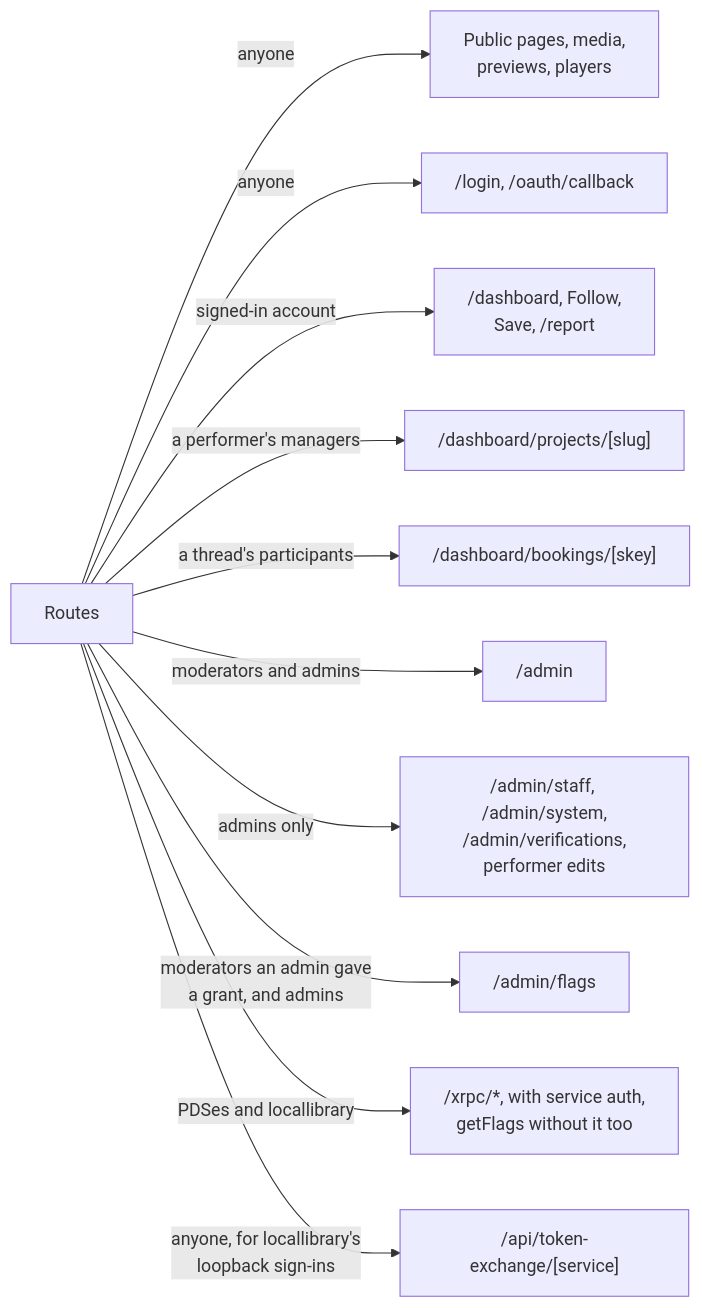
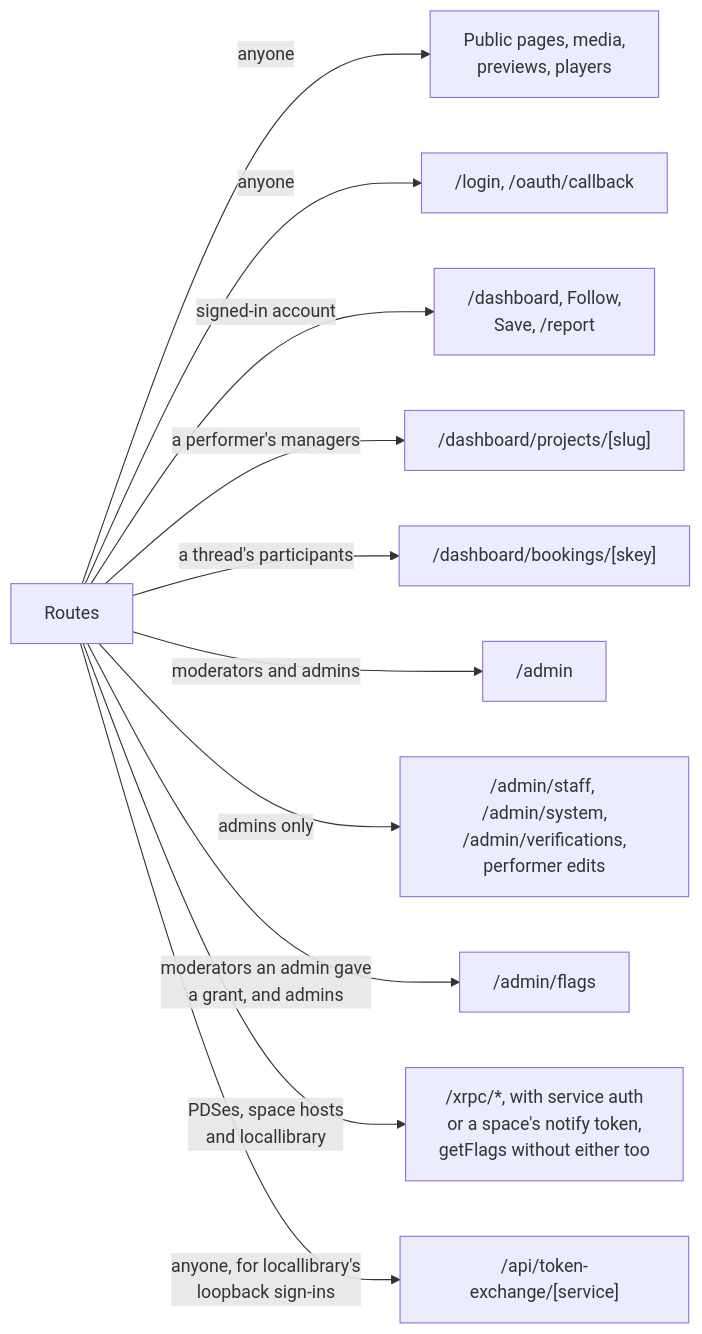
Before and after one commit to cutenode/localnetwork: the sixth of 11 diagrams in apps/web/docs/diagrams/requests-and-routes.md, drawn with Mermaid. The commit also changed other lines of this file and 59 other files, not shown here.

````diff
--- a/apps/web/docs/diagrams/requests-and-routes.md
+++ b/apps/web/docs/diagrams/requests-and-routes.md
@@ -135,14 +135,14 @@
 ```mermaid
 flowchart LR
   Routes["Routes"]
   Routes -- "anyone" --> Public["Public pages, media,<br/>previews, players"]
   Routes -- "anyone" --> Signin["/login, /oauth/callback"]
   Routes -- "signed-in account" --> Dash["/dashboard, Follow,<br/>Save, /report"]
   Routes -- "a performer's managers" --> Manage["/dashboard/projects/[slug]"]
   Routes -- "a thread's participants" --> Thread["/dashboard/bookings/[skey]"]
   Routes -- "moderators and admins" --> Console["/admin"]
   Routes -- "admins only" --> Edit["/admin/staff, /admin/system,<br/>/admin/verifications,<br/>performer edits"]
   Routes -- "moderators an admin gave<br/>a grant, and admins" --> Flags["/admin/flags"]
-  Routes -- "PDSes and locallibrary" --> Xrpc["/xrpc/*, with service auth,<br/>getFlags without it too"]
+  Routes -- "PDSes, space hosts<br/>and locallibrary" --> Xrpc["/xrpc/*, with service auth<br/>or a space's notify token,<br/>getFlags without either too"]
   Routes -- "anyone, for locallibrary's<br/>loopback sign-ins" --> Exchange["/api/token-exchange/[service]"]
 ```
````
